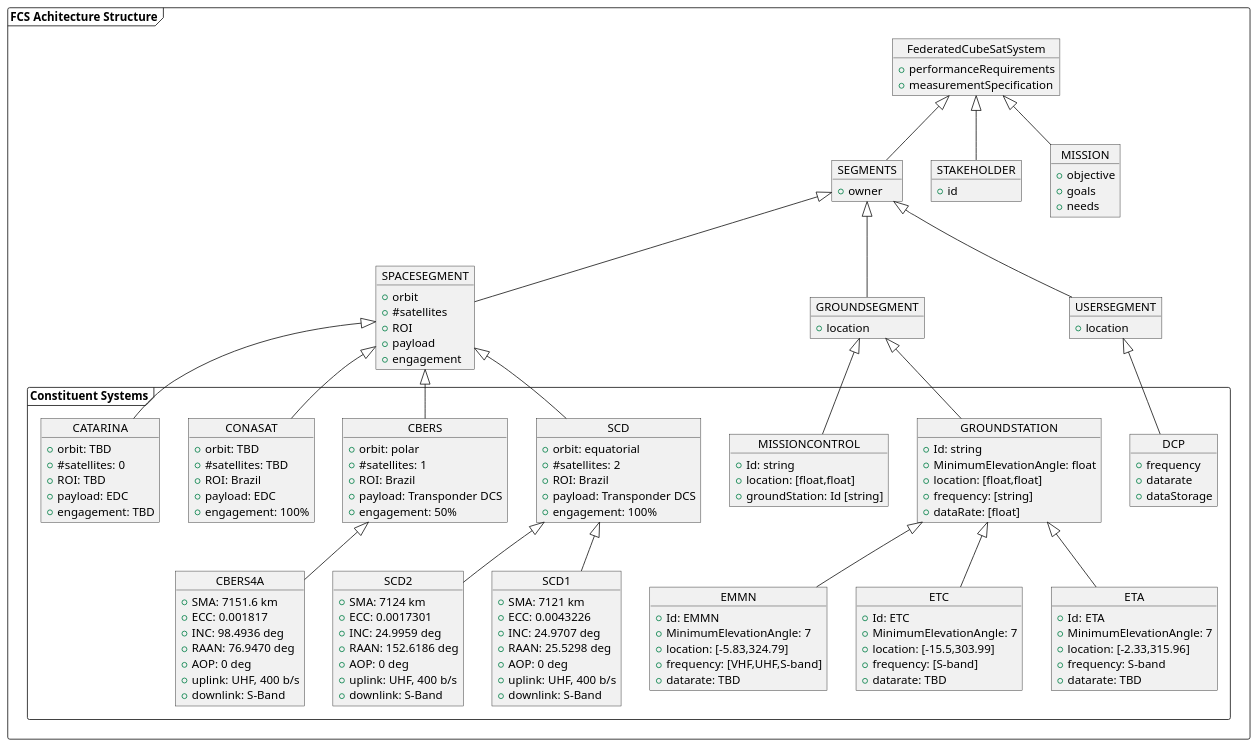
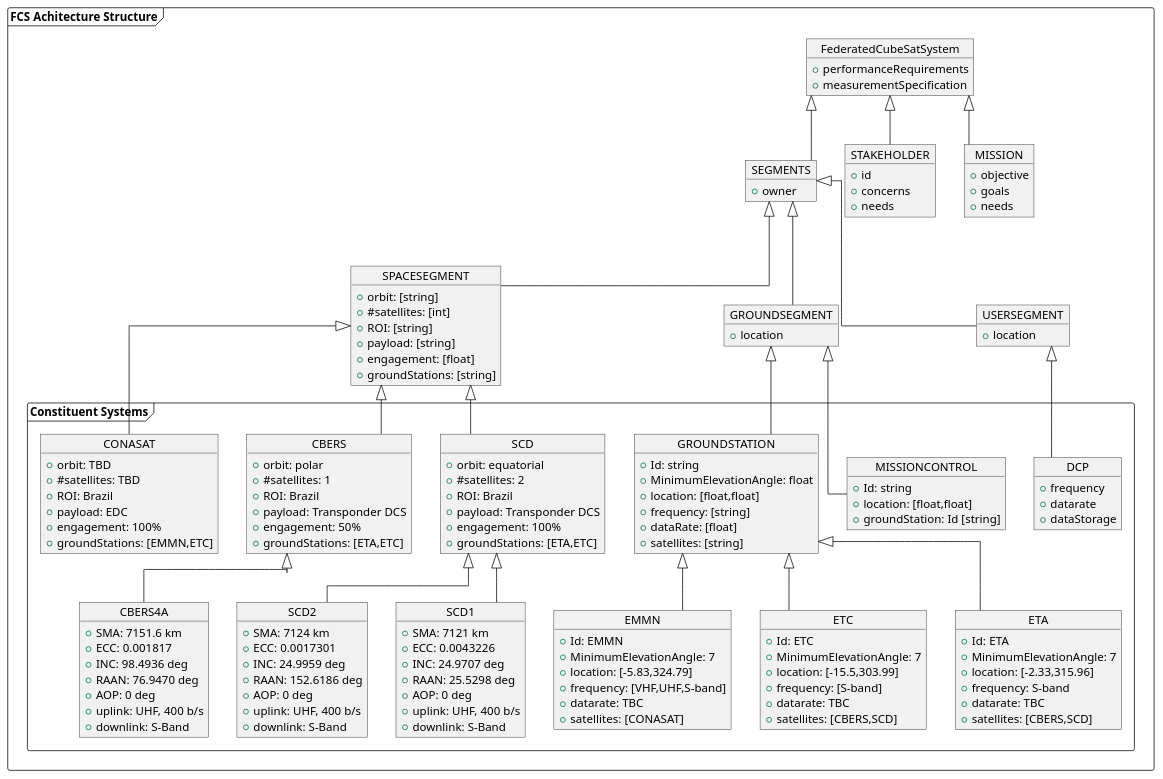
Before and after one commit to clgbatista/phdModelling: the diagram in csrm/architecture.plantuml, drawn with PlantUML. The commit also changed 2 other files, not shown here.

```diff
--- a/csrm/architecture.plantuml
+++ b/csrm/architecture.plantuml
@@ -1,172 +1,182 @@
 @startuml architecturalprofile
 
-' skinparam Linetype ortho
+skinparam Linetype ortho
 
 frame "FCS Achitecture Structure" {
 
     object FederatedCubeSatSystem {
         +performanceRequirements
         +measurementSpecification
     }
 
     object SEGMENTS {
         +owner
     }
     object STAKEHOLDER {
         +id
+        +concerns
+        +needs
     }
     object MISSION {
         +objective
         +goals
         +needs
     }
 
     FederatedCubeSatSystem ^-- SEGMENTS
     FederatedCubeSatSystem ^-- STAKEHOLDER
     FederatedCubeSatSystem ^-- MISSION
 
     object SPACESEGMENT {
-        +orbit
-        +#satellites
-        +ROI
-        +payload
-        +engagement
+        +orbit: [string]
+        +#satellites: [int]
+        +ROI: [string]
+        +payload: [string]
+        +engagement: [float]
+        +groundStations: [string]
     }
     object GROUNDSEGMENT {
         +location
     }
     object USERSEGMENT {
         +location
     }
 
     SEGMENTS ^-- SPACESEGMENT
     SEGMENTS ^-- GROUNDSEGMENT
     SEGMENTS ^-- USERSEGMENT
     
     frame "Constituent Systems" as cs {
         object SCD {
         +orbit: equatorial
         +#satellites: 2
         +ROI: Brazil
         +payload: Transponder DCS
         +engagement: 100%
+        +groundStations: [ETA,ETC]
     }
     object CBERS {
         +orbit: polar
         +#satellites: 1
         +ROI: Brazil
         +payload: Transponder DCS
         +engagement: 50%
+        +groundStations: [ETA,ETC]
     }
     object CONASAT {
         +orbit: TBD
         +#satellites: TBD
         +ROI: Brazil
         +payload: EDC
         +engagement: 100%
+        +groundStations: [EMMN,ETC]
     }
-    object CATARINA {
-        +orbit: TBD
-        +#satellites: 0
-        +ROI: TBD
-        +payload: EDC
-        +engagement: TBD
-    }
+    ' object CATARINA {
+    '     +orbit: TBD
+    '     +#satellites: 0
+    '     +ROI: TBD
+    '     +payload: EDC
+    '     +engagement: TBD
+    ' }
 
     SPACESEGMENT ^-- SCD
     SPACESEGMENT ^-- CBERS
     SPACESEGMENT ^-- CONASAT
-    SPACESEGMENT ^-- CATARINA
+    ' SPACESEGMENT ^-- CATARINA
 
     object GROUNDSTATION {
         +Id: string
         +MinimumElevationAngle: float
         +location: [float,float]
         +frequency: [string]
         +dataRate: [float]
+        +satellites: [string]
     }
     object MISSIONCONTROL {
         +Id: string
         +location: [float,float]
         +groundStation: Id [string]
     }
 
     GROUNDSEGMENT ^-- GROUNDSTATION
     GROUNDSEGMENT ^-- MISSIONCONTROL
 
     object DCP {
         +frequency
         +datarate
         +dataStorage
     }
 
     USERSEGMENT ^-- DCP
 
     object SCD1 {
         ' +TLE1: 22490U 93009B   22062.68172372  .00000315  00000-0  36869-4 0  9991
         ' +TLE2: 22490  24.9688 147.4435 0043082 138.7341 352.8685 14.44649554534249
         +SMA: 7121 km
         +ECC: 0.0043226
         +INC: 24.9707 deg 
         +RAAN: 25.5298 deg
         +AOP: 0 deg
         +uplink: UHF, 400 b/s
         +downlink: S-Band
     }
     object SCD2 {
         ' +TLE1: 25504U 98060A   22063.14270493  .00000285  00000-0  29770-4 0  9996
         ' +TLE2: 25504  24.9969 358.6150 0017354 152.6186 331.7953 14.44165264233965
         +SMA: 7124 km
         +ECC: 0.0017301
         +INC: 24.9959 deg 
         +RAAN: 152.6186 deg
         +AOP: 0 deg
         +uplink: UHF, 400 b/s
         +downlink: S-Band
     }
     object CBERS4A {
         ' +TLE1: 40336U 14079A   22063.09024170  .00000021  00000-0  22404-4 0  9992
         ' +TLE2: 40336  98.4936 138.6168 0001817  76.9470 283.1933 14.35446246379298
         +SMA: 7151.6 km
         +ECC: 0.001817
         +INC: 98.4936 deg 
         +RAAN: 76.9470 deg
         +AOP: 0 deg
         +uplink: UHF, 400 b/s
         +downlink: S-Band
     }
 
     SCD ^-- SCD1
     SCD ^-- SCD2
     CBERS ^-- CBERS4A
 
     object EMMN {
         +Id: EMMN
         +MinimumElevationAngle: 7
         +location: [-5.83,324.79]
         +frequency: [VHF,UHF,S-band]  
-        +datarate: TBD
+        +datarate: TBC
+        +satellites: [CONASAT]
     }
     object ETC {
         +Id: ETC
         +MinimumElevationAngle: 7
         +location: [-15.5,303.99]
         +frequency: [S-band]
-        +datarate: TBD
+        +datarate: TBC
+        +satellites: [CBERS,SCD]
     }
     object ETA {
         +Id: ETA
         +MinimumElevationAngle: 7
         +location: [-2.33,315.96]
         +frequency: S-band
-        +datarate: TBD
+        +datarate: TBC
+        +satellites: [CBERS,SCD]
     }
 
     GROUNDSTATION ^-- EMMN
     GROUNDSTATION ^-- ETC
     GROUNDSTATION ^-- ETA
     }
 
 }
 
 @enduml
```
